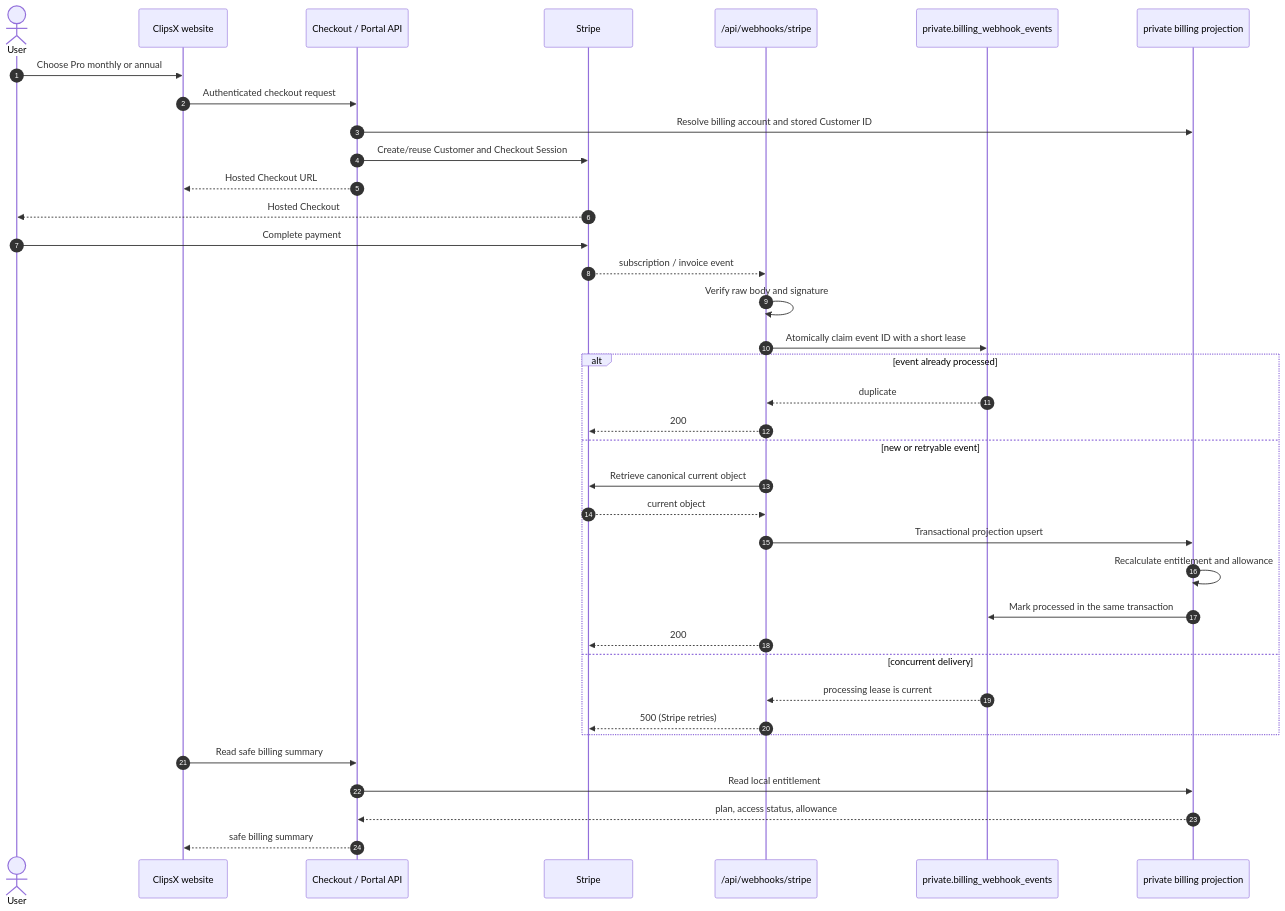
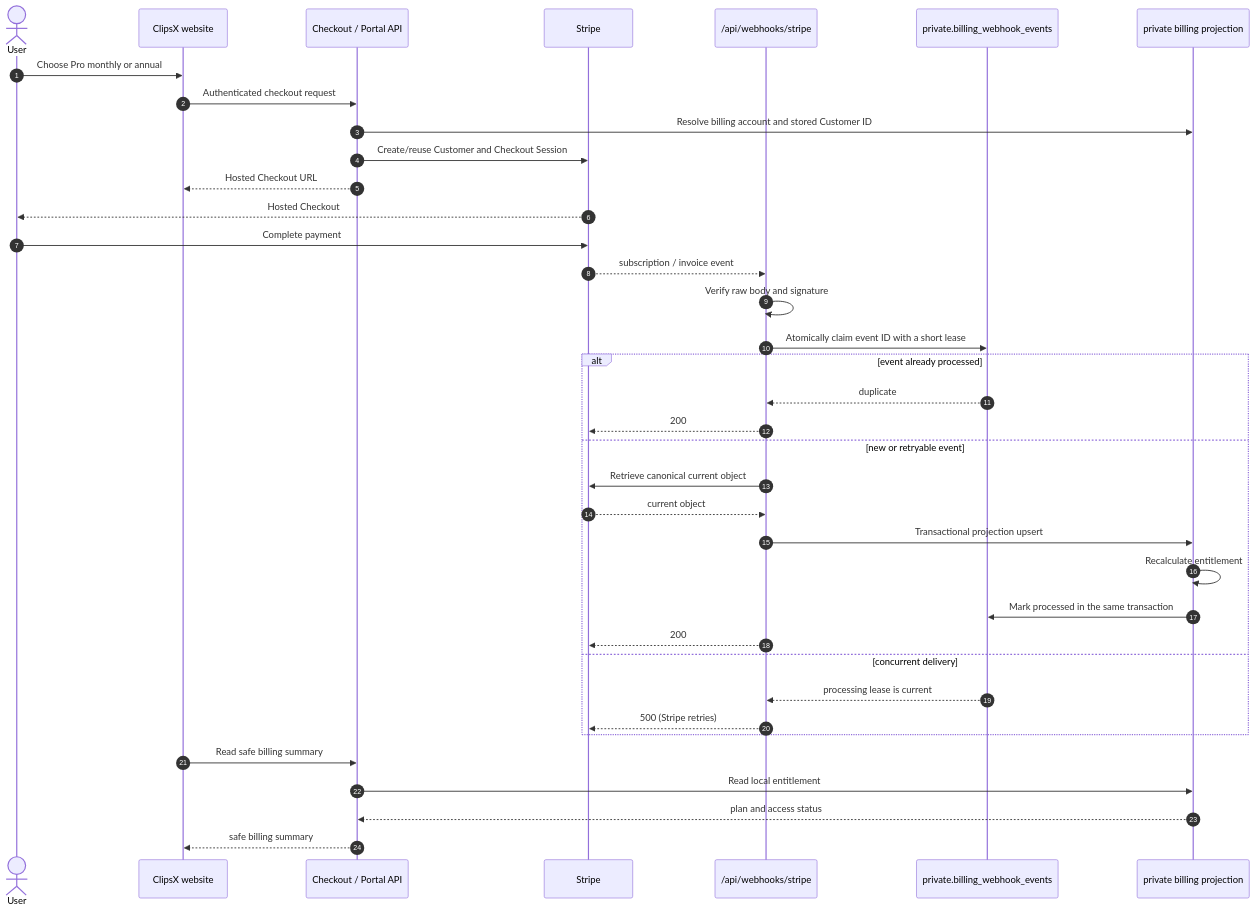
One commit to azure06/clipsx-web changed the second of 4 diagrams in docs/backend/architecture.md. Above: the diagram before and after it, drawn with Mermaid. The commit also changed 4 other files, not shown here.

Commit message:
docs: keep billing architecture guidance current

````diff
--- a/docs/backend/architecture.md
+++ b/docs/backend/architecture.md
@@ -35,40 +35,40 @@
 ```mermaid
 sequenceDiagram
   autonumber
   actor User
   participant App as ClipsX website
   participant Checkout as Checkout / Portal API
   participant Stripe
   participant Hook as /api/webhooks/stripe
   participant Inbox as private.billing_webhook_events
   participant Billing as private billing projection
 
   User->>App: Choose Pro monthly or annual
   App->>Checkout: Authenticated checkout request
   Checkout->>Billing: Resolve billing account and stored Customer ID
   Checkout->>Stripe: Create/reuse Customer and Checkout Session
   Checkout-->>App: Hosted Checkout URL
   Stripe-->>User: Hosted Checkout
   User->>Stripe: Complete payment
   Stripe-->>Hook: subscription / invoice event
   Hook->>Hook: Verify raw body and signature
   Hook->>Inbox: Atomically claim event ID with a short lease
   alt event already processed
     Inbox-->>Hook: duplicate
     Hook-->>Stripe: 200
   else new or retryable event
     Hook->>Stripe: Retrieve canonical current object
     Stripe-->>Hook: current object
     Hook->>Billing: Transactional projection upsert
-    Billing->>Billing: Recalculate entitlement and allowance
+    Billing->>Billing: Recalculate entitlement
     Billing->>Inbox: Mark processed in the same transaction
     Hook-->>Stripe: 200
   else concurrent delivery
     Inbox-->>Hook: processing lease is current
     Hook-->>Stripe: 500 (Stripe retries)
   end
   App->>Checkout: Read safe billing summary
   Checkout->>Billing: Read local entitlement
-  Billing-->>Checkout: plan, access status, allowance
+  Billing-->>Checkout: plan and access status
   Checkout-->>App: safe billing summary
 ```
````
